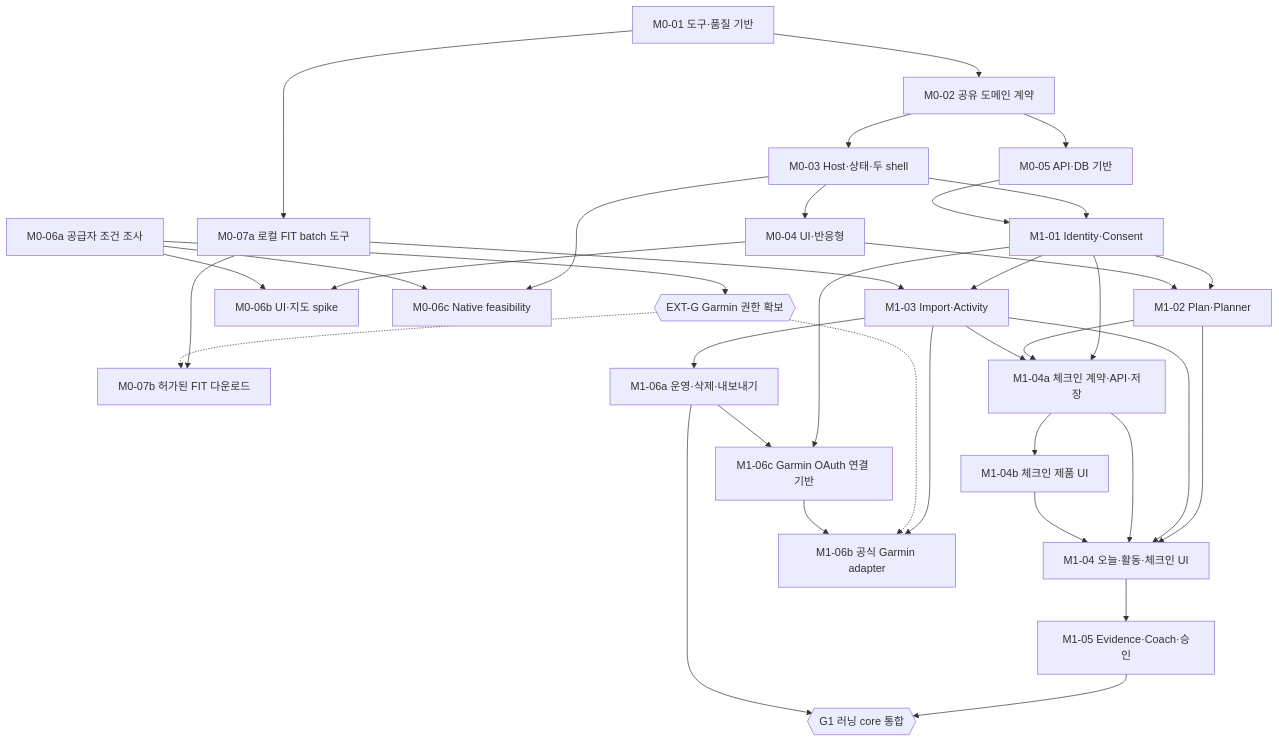
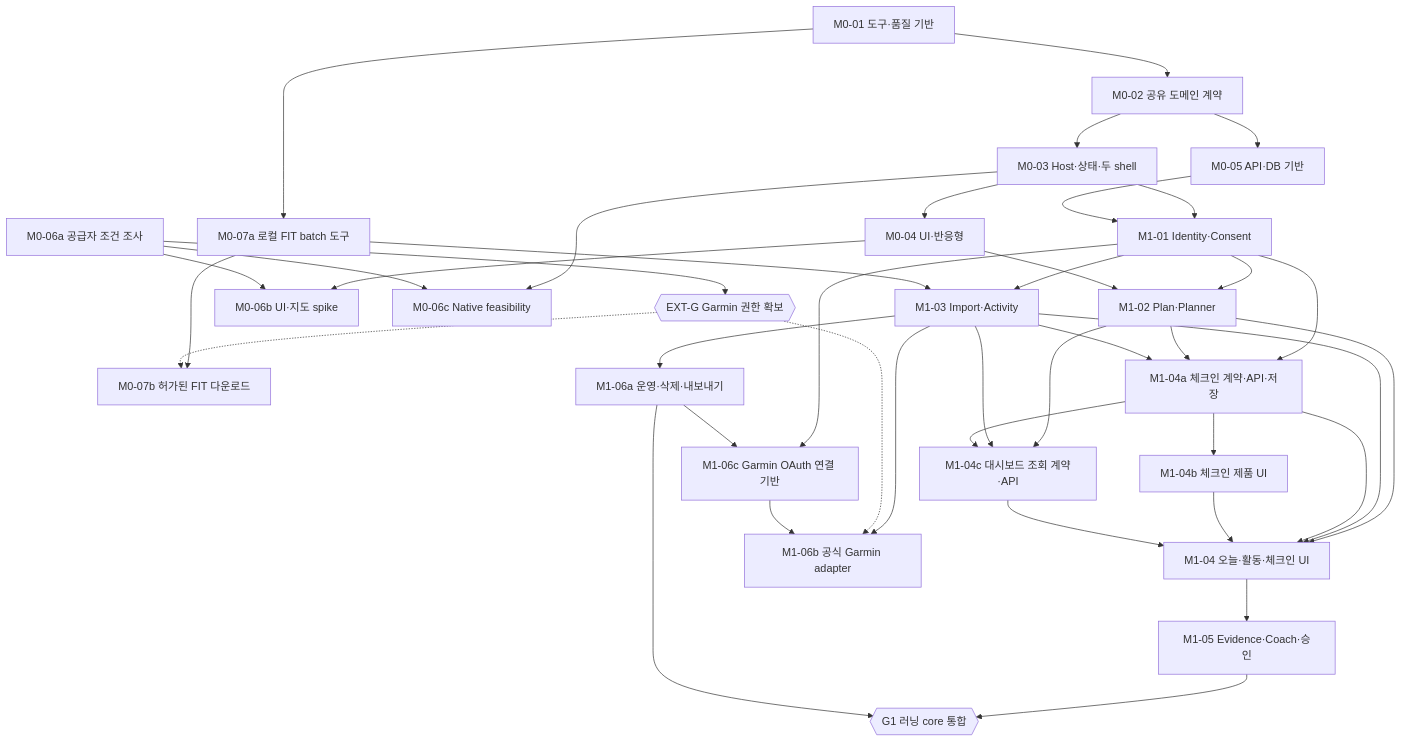
Before and after one commit to peacecheejecake/workout-manager: the first of 3 diagrams in docs/implementation/task-graph.md, drawn with Mermaid. The commit also changed other lines of this file and 16 other files, not shown here.

First line of the commit message:
feat(dashboard): add coherent rolling read model and API

````diff
--- a/docs/implementation/task-graph.md
+++ b/docs/implementation/task-graph.md
@@ -18,60 +18,65 @@
 ```mermaid
 flowchart TD
     task0["M0-01 도구·품질 기반"]
     task1["M0-02 공유 도메인 계약"]
     task2["M0-03 Host·상태·두 shell"]
     task3["M0-04 UI·반응형"]
     task4["M0-05 API·DB 기반"]
     task5["M0-06a 공급자 조건 조사"]
     task6{{"EXT-G Garmin 권한 확보"}}
     task7["M0-06b UI·지도 spike"]
     task8["M0-06c Native feasibility"]
     task9["M0-07a 로컬 FIT batch 도구"]
     task10["M0-07b 허가된 FIT 다운로드"]
     task11["M1-01 Identity·Consent"]
     task12["M1-02 Plan·Planner"]
     task13["M1-03 Import·Activity"]
     task14["M1-04 오늘·활동·체크인 UI"]
     task15["M1-05 Evidence·Coach·승인"]
     task16["M1-06a 운영·삭제·내보내기"]
     task17["M1-06b 공식 Garmin adapter"]
     garminOAuth["M1-06c Garmin OAuth 연결 기반"]
     task18{{"G1 러닝 core 통합"}}
     task0 --> task1
     task1 --> task2
     task2 --> task3
     task1 --> task4
     task5 --> task6
     task3 --> task7
     task5 --> task7
     task2 --> task8
     task5 --> task8
     task0 --> task9
     task9 --> task10
     task6 -.-> task10
     task2 --> task11
     task4 --> task11
     task11 --> task12
     task3 --> task12
     task11 --> task13
     task9 --> task13
     task12 --> task14
     task13 --> task14
     checkins["M1-04a 체크인 계약·API·저장"]
     task11 --> checkins
     task12 --> checkins
     task13 --> checkins
     checkins --> task14
     wellbeing["M1-04b 체크인 제품 UI"]
     checkins --> wellbeing
     wellbeing --> task14
+    dashboardApi["M1-04c 대시보드 조회 계약·API"]
+    task12 --> dashboardApi
+    task13 --> dashboardApi
+    checkins --> dashboardApi
+    dashboardApi --> task14
     task14 --> task15
     task13 --> task16
     task13 --> task17
     task6 -.-> task17
     task11 --> garminOAuth
     task16 --> garminOAuth
     garminOAuth --> task17
     task15 --> task18
     task16 --> task18
 ```
````
